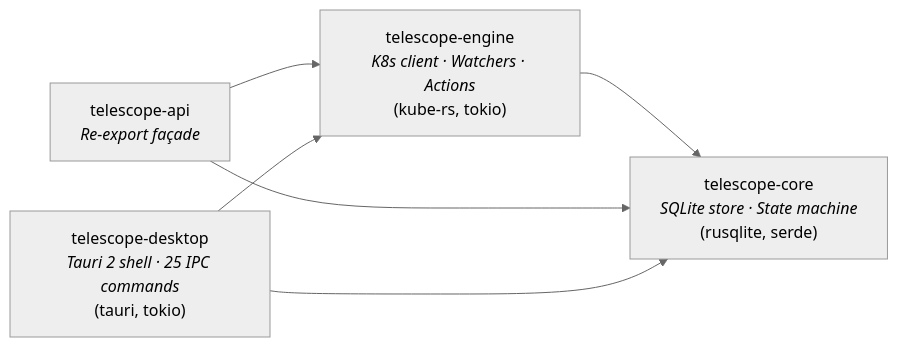
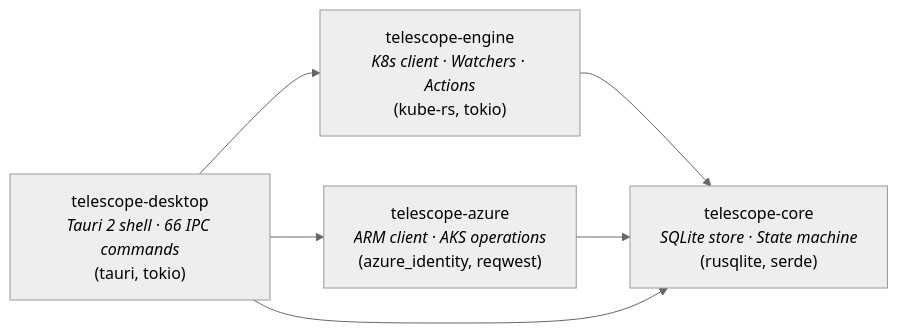
The fifth of 5 diagrams in docs/ARCHITECTURE.md (adamdost-0/Telescope), drawn with Mermaid (neutral theme) before and after one commit. The commit also changed other lines of this file and 6 other files, not shown here.

First line of the commit message:
docs: rewrite 7 technical docs for v1.0.0 desktop-only + Azure ARM

````diff
--- a/docs/ARCHITECTURE.md
+++ b/docs/ARCHITECTURE.md
@@ -171,13 +237,13 @@
 ```mermaid
 graph LR
     Core["telescope-core<br/><i>SQLite store · State machine</i><br/>(rusqlite, serde)"]
     Engine["telescope-engine<br/><i>K8s client · Watchers · Actions</i><br/>(kube-rs, tokio)"]
-    API["telescope-api<br/><i>Re-export façade</i>"]
-    Desktop["telescope-desktop<br/><i>Tauri 2 shell · 25 IPC commands</i><br/>(tauri, tokio)"]
+    Azure["telescope-azure<br/><i>ARM client · AKS operations</i><br/>(azure_identity, reqwest)"]
+    Desktop["telescope-desktop<br/><i>Tauri 2 shell · 66 IPC commands</i><br/>(tauri, tokio)"]
 
     Engine --> Core
-    API --> Engine
-    API --> Core
+    Azure --> Core
     Desktop --> Engine
+    Desktop --> Azure
     Desktop --> Core
 ```
````
